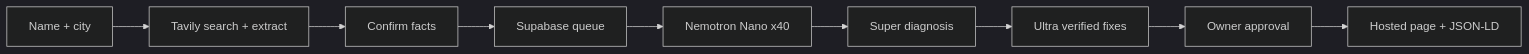
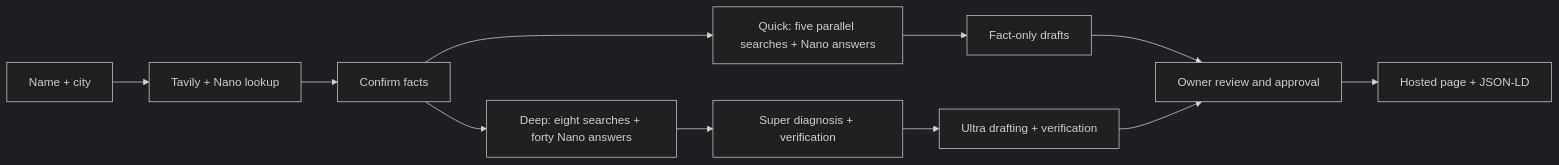
Before and after one commit to omkarmalji/cited: the diagram in README.md, drawn with Mermaid (dark theme). The commit also changed other lines of this file and 34 other files, not shown here.

````diff
--- a/README.md
+++ b/README.md
@@ -44,11 +44,13 @@
 ```mermaid
 flowchart LR
-  Input[Name + city] --> Tavily[Tavily search + extract]
-  Tavily --> Confirm[Confirm facts]
-  Confirm --> Queue[Supabase queue]
-  Queue --> Nano[Nemotron Nano x40]
-  Nano --> Super[Super diagnosis]
-  Super --> Ultra[Ultra verified fixes]
-  Ultra --> Approve[Owner approval]
+  Input[Name + city] --> Lookup[Tavily + Nano lookup]
+  Lookup --> Confirm[Confirm facts]
+  Confirm --> Quick[Quick: five parallel searches + Nano answers]
+  Confirm --> Deep[Deep: eight searches + forty Nano answers]
+  Quick --> Drafts[Fact-only drafts]
+  Deep --> Super[Super diagnosis + verification]
+  Super --> Ultra[Ultra drafting + verification]
+  Drafts --> Approve[Owner review and approval]
+  Ultra --> Approve
   Approve --> Page[Hosted page + JSON-LD]
 ```
````
